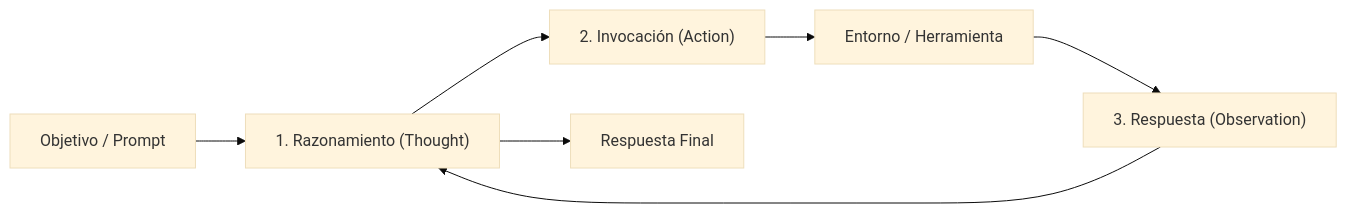
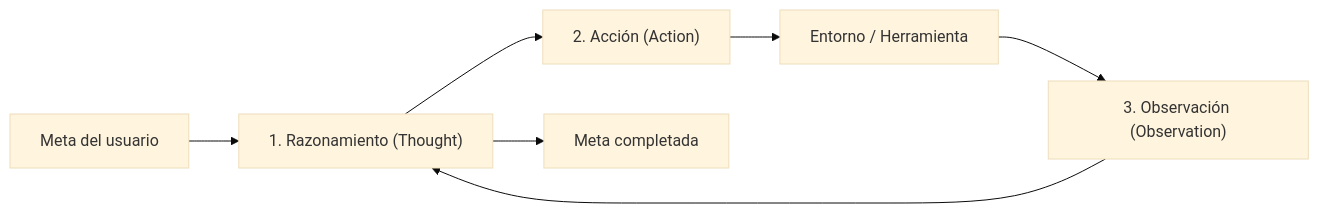
The diagram in src/modulos/ia/agentes-autonomos.md (ruichislab/web), drawn with Mermaid (base theme) before and after one commit. The commit also changed other lines of this file and 33 other files, not shown here.

````diff
--- a/src/modulos/ia/agentes-autonomos.md
+++ b/src/modulos/ia/agentes-autonomos.md
@@ -35,9 +24,9 @@
 ```mermaid
 flowchart LR
-    Obj["Objetivo / Prompt"] --> Plan["1. Razonamiento (Thought)"]
-    Plan --> Act["2. Invocación (Action)"]
+    Meta["Meta del usuario"] --> Plan["1. Razonamiento (Thought)"]
+    Plan --> Act["2. Acción (Action)"]
     Act --> Env["Entorno / Herramienta"]
-    Env --> Obs["3. Respuesta (Observation)"]
+    Env --> Obs["3. Observación (Observation)"]
     Obs --> Plan
-    Plan --> Fin["Respuesta Final"]
+    Plan --> Fin["Meta completada"]
 ```
````
